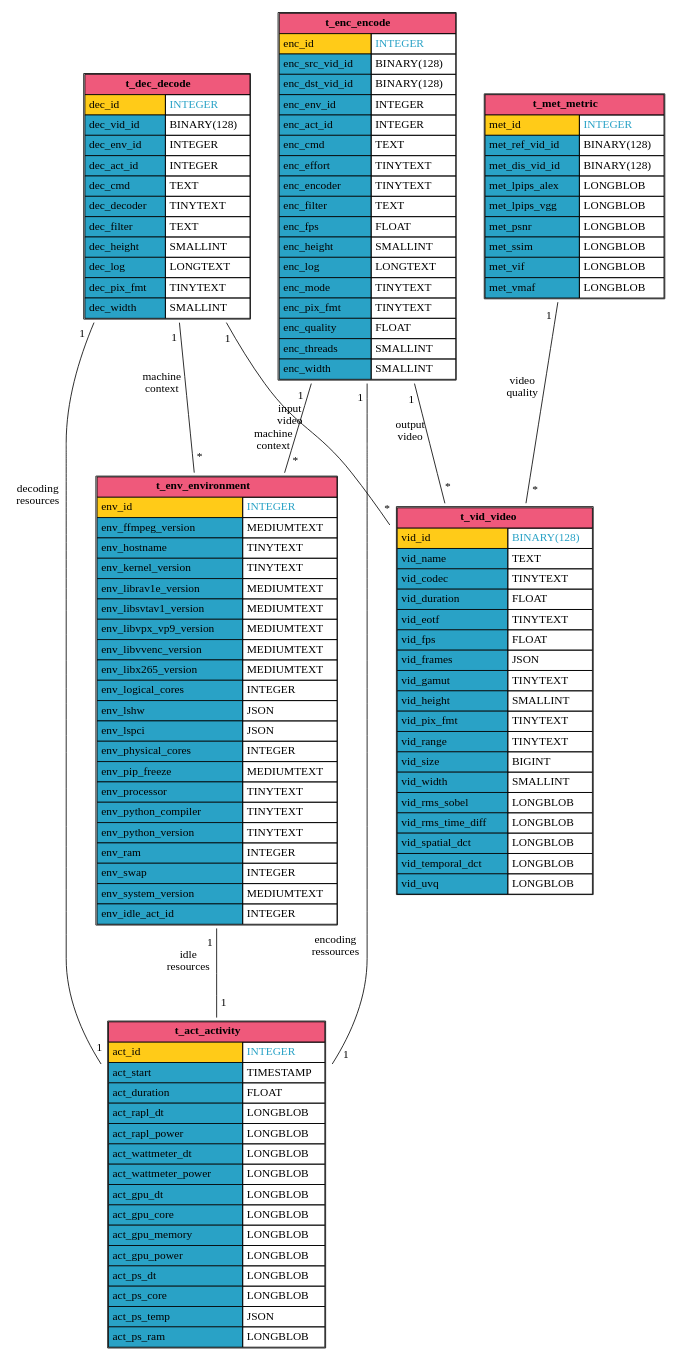
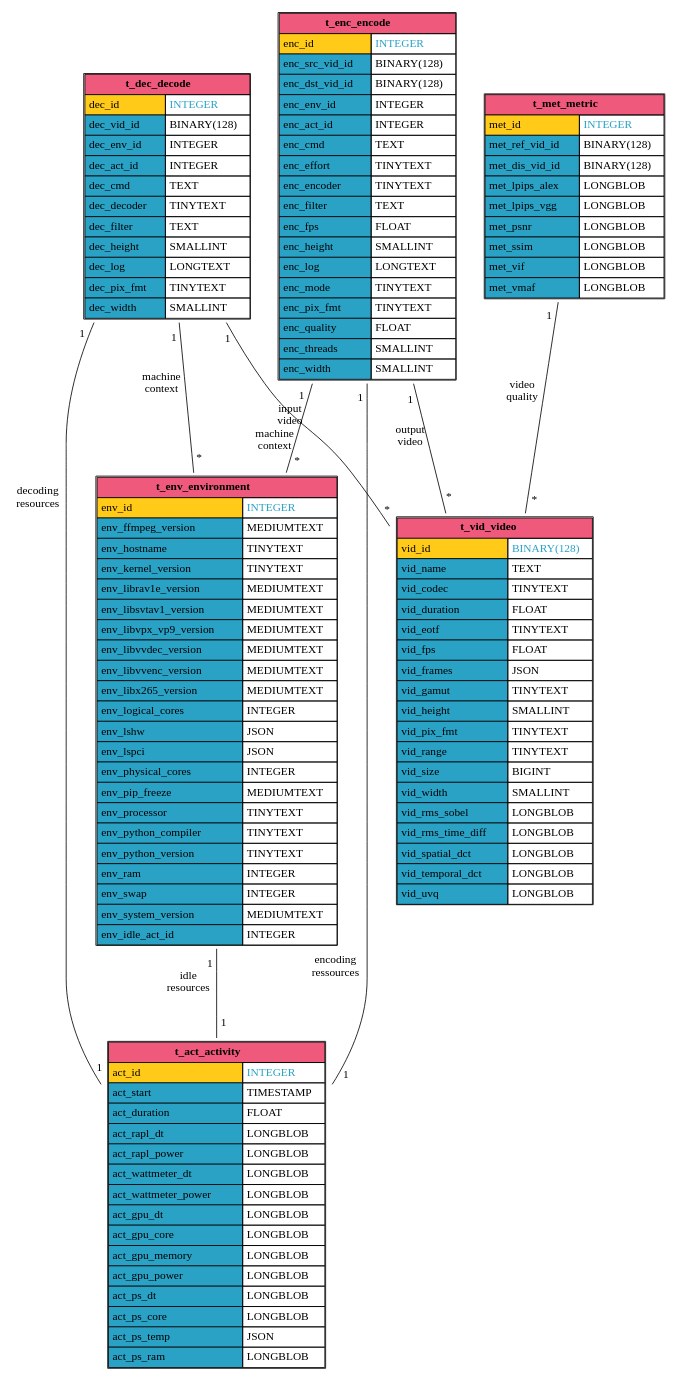
Before and after one commit to robinechuca/mendevi: the diagram in docs/media/sql_database.dot, drawn with Graphviz. The commit also changed 5 other files, not shown here.

```diff
--- a/docs/media/sql_database.dot
+++ b/docs/media/sql_database.dot
@@ -1,146 +1,147 @@
 # dot -Tpdf sql_database.dot -o /tmp/sql_database.pdf && pdfcrop /tmp/sql_database.pdf sql_database.pdf
 # dot -Tsvg sql_database.dot > sql_database.svg
 graph database {
   node [shape=plaintext]
   t_act_activity [
     label=<
       <TABLE BORDER="1" CELLBORDER="1" CELLSPACING="0" CELLPADDING="4">
         <TR><TD COLSPAN="2" BGCOLOR="#ef597b"><B>t_act_activity</B></TD></TR>
         <TR><TD ALIGN="LEFT" BGCOLOR="#ffcb18">act_id</TD><TD ALIGN="LEFT"><FONT COLOR="#29a2c6">INTEGER</FONT></TD></TR>
         <TR><TD ALIGN="LEFT" BGCOLOR="#29a2c6">act_start</TD><TD ALIGN="LEFT">TIMESTAMP</TD></TR>
         <TR><TD ALIGN="LEFT" BGCOLOR="#29a2c6">act_duration</TD><TD ALIGN="LEFT">FLOAT</TD></TR>
         <TR><TD ALIGN="LEFT" BGCOLOR="#29a2c6">act_rapl_dt</TD><TD ALIGN="LEFT">LONGBLOB</TD></TR>
         <TR><TD ALIGN="LEFT" BGCOLOR="#29a2c6">act_rapl_power</TD><TD ALIGN="LEFT">LONGBLOB</TD></TR>
         <TR><TD ALIGN="LEFT" BGCOLOR="#29a2c6">act_wattmeter_dt</TD><TD ALIGN="LEFT">LONGBLOB</TD></TR>
         <TR><TD ALIGN="LEFT" BGCOLOR="#29a2c6">act_wattmeter_power</TD><TD ALIGN="LEFT">LONGBLOB</TD></TR>
         <TR><TD ALIGN="LEFT" BGCOLOR="#29a2c6">act_gpu_dt</TD><TD ALIGN="LEFT">LONGBLOB</TD></TR>
         <TR><TD ALIGN="LEFT" BGCOLOR="#29a2c6">act_gpu_core</TD><TD ALIGN="LEFT">LONGBLOB</TD></TR>
         <TR><TD ALIGN="LEFT" BGCOLOR="#29a2c6">act_gpu_memory</TD><TD ALIGN="LEFT">LONGBLOB</TD></TR>
         <TR><TD ALIGN="LEFT" BGCOLOR="#29a2c6">act_gpu_power</TD><TD ALIGN="LEFT">LONGBLOB</TD></TR>
         <TR><TD ALIGN="LEFT" BGCOLOR="#29a2c6">act_ps_dt</TD><TD ALIGN="LEFT">LONGBLOB</TD></TR>
         <TR><TD ALIGN="LEFT" BGCOLOR="#29a2c6">act_ps_core</TD><TD ALIGN="LEFT">LONGBLOB</TD></TR>
         <TR><TD ALIGN="LEFT" BGCOLOR="#29a2c6">act_ps_temp</TD><TD ALIGN="LEFT">JSON</TD></TR>
         <TR><TD ALIGN="LEFT" BGCOLOR="#29a2c6">act_ps_ram</TD><TD ALIGN="LEFT">LONGBLOB</TD></TR>
       </TABLE>
     >
   ];
   t_vid_video [
     label=<
       <TABLE BORDER="1" CELLBORDER="1" CELLSPACING="0" CELLPADDING="4">
         <TR><TD COLSPAN="2" BGCOLOR="#ef597b"><B>t_vid_video</B></TD></TR>
         <TR><TD ALIGN="LEFT" BGCOLOR="#ffcb18">vid_id</TD><TD ALIGN="LEFT"><FONT COLOR="#29a2c6">BINARY(128)</FONT></TD></TR>
         <TR><TD ALIGN="LEFT" BGCOLOR="#29a2c6">vid_name</TD><TD ALIGN="LEFT">TEXT</TD></TR>
         <TR><TD ALIGN="LEFT" BGCOLOR="#29a2c6">vid_codec</TD><TD ALIGN="LEFT">TINYTEXT</TD></TR>
         <TR><TD ALIGN="LEFT" BGCOLOR="#29a2c6">vid_duration</TD><TD ALIGN="LEFT">FLOAT</TD></TR>
         <TR><TD ALIGN="LEFT" BGCOLOR="#29a2c6">vid_eotf</TD><TD ALIGN="LEFT">TINYTEXT</TD></TR>
         <TR><TD ALIGN="LEFT" BGCOLOR="#29a2c6">vid_fps</TD><TD ALIGN="LEFT">FLOAT</TD></TR>
         <TR><TD ALIGN="LEFT" BGCOLOR="#29a2c6">vid_frames</TD><TD ALIGN="LEFT">JSON</TD></TR>
         <TR><TD ALIGN="LEFT" BGCOLOR="#29a2c6">vid_gamut</TD><TD ALIGN="LEFT">TINYTEXT</TD></TR>
         <TR><TD ALIGN="LEFT" BGCOLOR="#29a2c6">vid_height</TD><TD ALIGN="LEFT">SMALLINT</TD></TR>
         <TR><TD ALIGN="LEFT" BGCOLOR="#29a2c6">vid_pix_fmt</TD><TD ALIGN="LEFT">TINYTEXT</TD></TR>
         <TR><TD ALIGN="LEFT" BGCOLOR="#29a2c6">vid_range</TD><TD ALIGN="LEFT">TINYTEXT</TD></TR>
         <TR><TD ALIGN="LEFT" BGCOLOR="#29a2c6">vid_size</TD><TD ALIGN="LEFT">BIGINT</TD></TR>
         <TR><TD ALIGN="LEFT" BGCOLOR="#29a2c6">vid_width</TD><TD ALIGN="LEFT">SMALLINT</TD></TR>
         <TR><TD ALIGN="LEFT" BGCOLOR="#29a2c6">vid_rms_sobel</TD><TD ALIGN="LEFT">LONGBLOB</TD></TR>
         <TR><TD ALIGN="LEFT" BGCOLOR="#29a2c6">vid_rms_time_diff</TD><TD ALIGN="LEFT">LONGBLOB</TD></TR>
         <TR><TD ALIGN="LEFT" BGCOLOR="#29a2c6">vid_spatial_dct</TD><TD ALIGN="LEFT">LONGBLOB</TD></TR>
         <TR><TD ALIGN="LEFT" BGCOLOR="#29a2c6">vid_temporal_dct</TD><TD ALIGN="LEFT">LONGBLOB</TD></TR>
         <TR><TD ALIGN="LEFT" BGCOLOR="#29a2c6">vid_uvq</TD><TD ALIGN="LEFT">LONGBLOB</TD></TR>
       </TABLE>
     >
   ];
   t_met_metric [
     label=<
       <TABLE BORDER="1" CELLBORDER="1" CELLSPACING="0" CELLPADDING="4">
         <TR><TD COLSPAN="2" BGCOLOR="#ef597b"><B>t_met_metric</B></TD></TR>
         <TR><TD ALIGN="LEFT" BGCOLOR="#ffcb18">met_id</TD><TD ALIGN="LEFT"><FONT COLOR="#29a2c6">INTEGER</FONT></TD></TR>
         <TR><TD ALIGN="LEFT" BGCOLOR="#29a2c6">met_ref_vid_id</TD><TD ALIGN="LEFT">BINARY(128)</TD></TR>
         <TR><TD ALIGN="LEFT" BGCOLOR="#29a2c6">met_dis_vid_id</TD><TD ALIGN="LEFT">BINARY(128)</TD></TR>
         <TR><TD ALIGN="LEFT" BGCOLOR="#29a2c6">met_lpips_alex</TD><TD ALIGN="LEFT">LONGBLOB</TD></TR>
         <TR><TD ALIGN="LEFT" BGCOLOR="#29a2c6">met_lpips_vgg</TD><TD ALIGN="LEFT">LONGBLOB</TD></TR>
         <TR><TD ALIGN="LEFT" BGCOLOR="#29a2c6">met_psnr</TD><TD ALIGN="LEFT">LONGBLOB</TD></TR>
         <TR><TD ALIGN="LEFT" BGCOLOR="#29a2c6">met_ssim</TD><TD ALIGN="LEFT">LONGBLOB</TD></TR>
         <TR><TD ALIGN="LEFT" BGCOLOR="#29a2c6">met_vif</TD><TD ALIGN="LEFT">LONGBLOB</TD></TR>
         <TR><TD ALIGN="LEFT" BGCOLOR="#29a2c6">met_vmaf</TD><TD ALIGN="LEFT">LONGBLOB</TD></TR>
       </TABLE>
     >
   ];
   t_env_environment [
     label=<
       <TABLE BORDER="1" CELLBORDER="1" CELLSPACING="0" CELLPADDING="4">
         <TR><TD COLSPAN="2" BGCOLOR="#ef597b"><B>t_env_environment</B></TD></TR>
         <TR><TD ALIGN="LEFT" BGCOLOR="#ffcb18">env_id</TD><TD ALIGN="LEFT"><FONT COLOR="#29a2c6">INTEGER</FONT></TD></TR>
         <TR><TD ALIGN="LEFT" BGCOLOR="#29a2c6">env_ffmpeg_version</TD><TD ALIGN="LEFT">MEDIUMTEXT</TD></TR>
         <TR><TD ALIGN="LEFT" BGCOLOR="#29a2c6">env_hostname</TD><TD ALIGN="LEFT">TINYTEXT</TD></TR>
         <TR><TD ALIGN="LEFT" BGCOLOR="#29a2c6">env_kernel_version</TD><TD ALIGN="LEFT">TINYTEXT</TD></TR>
         <TR><TD ALIGN="LEFT" BGCOLOR="#29a2c6">env_librav1e_version</TD><TD ALIGN="LEFT">MEDIUMTEXT</TD></TR>
         <TR><TD ALIGN="LEFT" BGCOLOR="#29a2c6">env_libsvtav1_version</TD><TD ALIGN="LEFT">MEDIUMTEXT</TD></TR>
         <TR><TD ALIGN="LEFT" BGCOLOR="#29a2c6">env_libvpx_vp9_version</TD><TD ALIGN="LEFT">MEDIUMTEXT</TD></TR>
+        <TR><TD ALIGN="LEFT" BGCOLOR="#29a2c6">env_libvvdec_version</TD><TD ALIGN="LEFT">MEDIUMTEXT</TD></TR>
         <TR><TD ALIGN="LEFT" BGCOLOR="#29a2c6">env_libvvenc_version</TD><TD ALIGN="LEFT">MEDIUMTEXT</TD></TR>
         <TR><TD ALIGN="LEFT" BGCOLOR="#29a2c6">env_libx265_version</TD><TD ALIGN="LEFT">MEDIUMTEXT</TD></TR>
         <TR><TD ALIGN="LEFT" BGCOLOR="#29a2c6">env_logical_cores</TD><TD ALIGN="LEFT">INTEGER</TD></TR>
         <TR><TD ALIGN="LEFT" BGCOLOR="#29a2c6">env_lshw</TD><TD ALIGN="LEFT">JSON</TD></TR>
         <TR><TD ALIGN="LEFT" BGCOLOR="#29a2c6">env_lspci</TD><TD ALIGN="LEFT">JSON</TD></TR>
         <TR><TD ALIGN="LEFT" BGCOLOR="#29a2c6">env_physical_cores</TD><TD ALIGN="LEFT">INTEGER</TD></TR>
         <TR><TD ALIGN="LEFT" BGCOLOR="#29a2c6">env_pip_freeze</TD><TD ALIGN="LEFT">MEDIUMTEXT</TD></TR>
         <TR><TD ALIGN="LEFT" BGCOLOR="#29a2c6">env_processor</TD><TD ALIGN="LEFT">TINYTEXT</TD></TR>
         <TR><TD ALIGN="LEFT" BGCOLOR="#29a2c6">env_python_compiler</TD><TD ALIGN="LEFT">TINYTEXT</TD></TR>
         <TR><TD ALIGN="LEFT" BGCOLOR="#29a2c6">env_python_version</TD><TD ALIGN="LEFT">TINYTEXT</TD></TR>
         <TR><TD ALIGN="LEFT" BGCOLOR="#29a2c6">env_ram</TD><TD ALIGN="LEFT">INTEGER</TD></TR>
         <TR><TD ALIGN="LEFT" BGCOLOR="#29a2c6">env_swap</TD><TD ALIGN="LEFT">INTEGER</TD></TR>
         <TR><TD ALIGN="LEFT" BGCOLOR="#29a2c6">env_system_version</TD><TD ALIGN="LEFT">MEDIUMTEXT</TD></TR>
         <TR><TD ALIGN="LEFT" BGCOLOR="#29a2c6">env_idle_act_id</TD><TD ALIGN="LEFT">INTEGER</TD></TR>
       </TABLE>
     >
   ];
   t_dec_decode [
     label=<
       <TABLE BORDER="1" CELLBORDER="1" CELLSPACING="0" CELLPADDING="4">
         <TR><TD COLSPAN="2" BGCOLOR="#ef597b"><B>t_dec_decode</B></TD></TR>
         <TR><TD ALIGN="LEFT" BGCOLOR="#ffcb18">dec_id</TD><TD ALIGN="LEFT"><FONT COLOR="#29a2c6">INTEGER</FONT></TD></TR>
         <TR><TD ALIGN="LEFT" BGCOLOR="#29a2c6">dec_vid_id</TD><TD ALIGN="LEFT">BINARY(128)</TD></TR>
         <TR><TD ALIGN="LEFT" BGCOLOR="#29a2c6">dec_env_id</TD><TD ALIGN="LEFT">INTEGER</TD></TR>
         <TR><TD ALIGN="LEFT" BGCOLOR="#29a2c6">dec_act_id</TD><TD ALIGN="LEFT">INTEGER</TD></TR>
         <TR><TD ALIGN="LEFT" BGCOLOR="#29a2c6">dec_cmd</TD><TD ALIGN="LEFT">TEXT</TD></TR>
         <TR><TD ALIGN="LEFT" BGCOLOR="#29a2c6">dec_decoder</TD><TD ALIGN="LEFT">TINYTEXT</TD></TR>
         <TR><TD ALIGN="LEFT" BGCOLOR="#29a2c6">dec_filter</TD><TD ALIGN="LEFT">TEXT</TD></TR>
         <TR><TD ALIGN="LEFT" BGCOLOR="#29a2c6">dec_height</TD><TD ALIGN="LEFT">SMALLINT</TD></TR>
         <TR><TD ALIGN="LEFT" BGCOLOR="#29a2c6">dec_log</TD><TD ALIGN="LEFT">LONGTEXT</TD></TR>
         <TR><TD ALIGN="LEFT" BGCOLOR="#29a2c6">dec_pix_fmt</TD><TD ALIGN="LEFT">TINYTEXT</TD></TR>
         <TR><TD ALIGN="LEFT" BGCOLOR="#29a2c6">dec_width</TD><TD ALIGN="LEFT">SMALLINT</TD></TR>
       </TABLE>
     >
   ];
   t_enc_encode [
     label=<
       <TABLE BORDER="1" CELLBORDER="1" CELLSPACING="0" CELLPADDING="4">
         <TR><TD COLSPAN="2" BGCOLOR="#ef597b"><B>t_enc_encode</B></TD></TR>
         <TR><TD ALIGN="LEFT" BGCOLOR="#ffcb18">enc_id</TD><TD ALIGN="LEFT"><FONT COLOR="#29a2c6">INTEGER</FONT></TD></TR>
         <TR><TD ALIGN="LEFT" BGCOLOR="#29a2c6">enc_src_vid_id</TD><TD ALIGN="LEFT">BINARY(128)</TD></TR>
         <TR><TD ALIGN="LEFT" BGCOLOR="#29a2c6">enc_dst_vid_id</TD><TD ALIGN="LEFT">BINARY(128)</TD></TR>
         <TR><TD ALIGN="LEFT" BGCOLOR="#29a2c6">enc_env_id</TD><TD ALIGN="LEFT">INTEGER</TD></TR>
         <TR><TD ALIGN="LEFT" BGCOLOR="#29a2c6">enc_act_id</TD><TD ALIGN="LEFT">INTEGER</TD></TR>
         <TR><TD ALIGN="LEFT" BGCOLOR="#29a2c6">enc_cmd</TD><TD ALIGN="LEFT">TEXT</TD></TR>
         <TR><TD ALIGN="LEFT" BGCOLOR="#29a2c6">enc_effort</TD><TD ALIGN="LEFT">TINYTEXT</TD></TR>
         <TR><TD ALIGN="LEFT" BGCOLOR="#29a2c6">enc_encoder</TD><TD ALIGN="LEFT">TINYTEXT</TD></TR>
         <TR><TD ALIGN="LEFT" BGCOLOR="#29a2c6">enc_filter</TD><TD ALIGN="LEFT">TEXT</TD></TR>
         <TR><TD ALIGN="LEFT" BGCOLOR="#29a2c6">enc_fps</TD><TD ALIGN="LEFT">FLOAT</TD></TR>
         <TR><TD ALIGN="LEFT" BGCOLOR="#29a2c6">enc_height</TD><TD ALIGN="LEFT">SMALLINT</TD></TR>
         <TR><TD ALIGN="LEFT" BGCOLOR="#29a2c6">enc_log</TD><TD ALIGN="LEFT">LONGTEXT</TD></TR>
         <TR><TD ALIGN="LEFT" BGCOLOR="#29a2c6">enc_mode</TD><TD ALIGN="LEFT">TINYTEXT</TD></TR>
         <TR><TD ALIGN="LEFT" BGCOLOR="#29a2c6">enc_pix_fmt</TD><TD ALIGN="LEFT">TINYTEXT</TD></TR>
         <TR><TD ALIGN="LEFT" BGCOLOR="#29a2c6">enc_quality</TD><TD ALIGN="LEFT">FLOAT</TD></TR>
         <TR><TD ALIGN="LEFT" BGCOLOR="#29a2c6">enc_threads</TD><TD ALIGN="LEFT">SMALLINT</TD></TR>
         <TR><TD ALIGN="LEFT" BGCOLOR="#29a2c6">enc_width</TD><TD ALIGN="LEFT">SMALLINT</TD></TR>
       </TABLE>
     >
   ];
   t_enc_encode -- t_act_activity [minlen=3 taillabel="1" headlabel="1" xlabel="encoding\nressources" labeldistance=2.0]
   t_enc_encode -- t_env_environment [minlen=3 taillabel="1" headlabel="*" xlabel="machine\ncontext" labeldistance=2.0]
   t_enc_encode -- t_vid_video [minlen=3 taillabel="1" headlabel="*" xlabel="output\nvideo" labeldistance=2.0]
   t_met_metric -- t_vid_video [minlen=3 taillabel="1" headlabel="*" xlabel="video\nquality" labeldistance=2.0]
   t_dec_decode -- t_act_activity [minlen=3 taillabel="1" headlabel="1" xlabel="decoding\nresources" labeldistance=2.0]
   t_dec_decode -- t_env_environment [minlen=3 taillabel="1" headlabel="*" xlabel="machine\ncontext" labeldistance=2.0]
   t_dec_decode -- t_vid_video [minlen=3 taillabel="1" headlabel="*" xlabel="input\nvideo" labeldistance=2.0]
   t_env_environment -- t_act_activity [minlen=3 taillabel="1" headlabel="1" xlabel="idle\nresources" labeldistance=2.0]
 }
```
